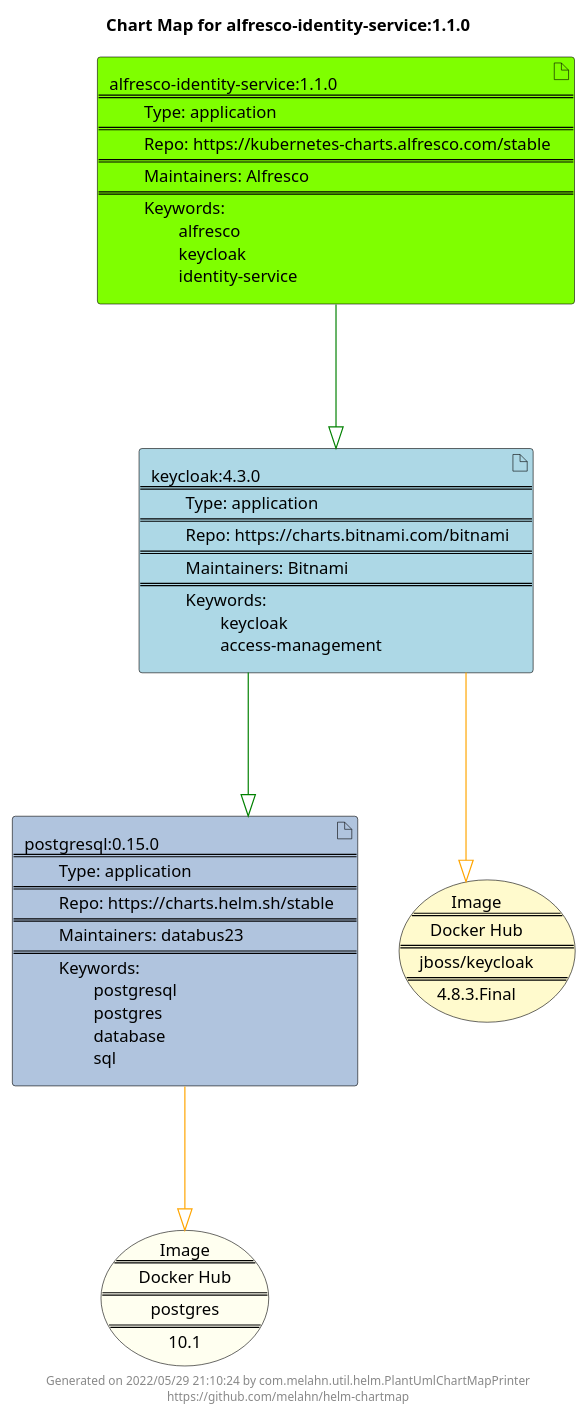
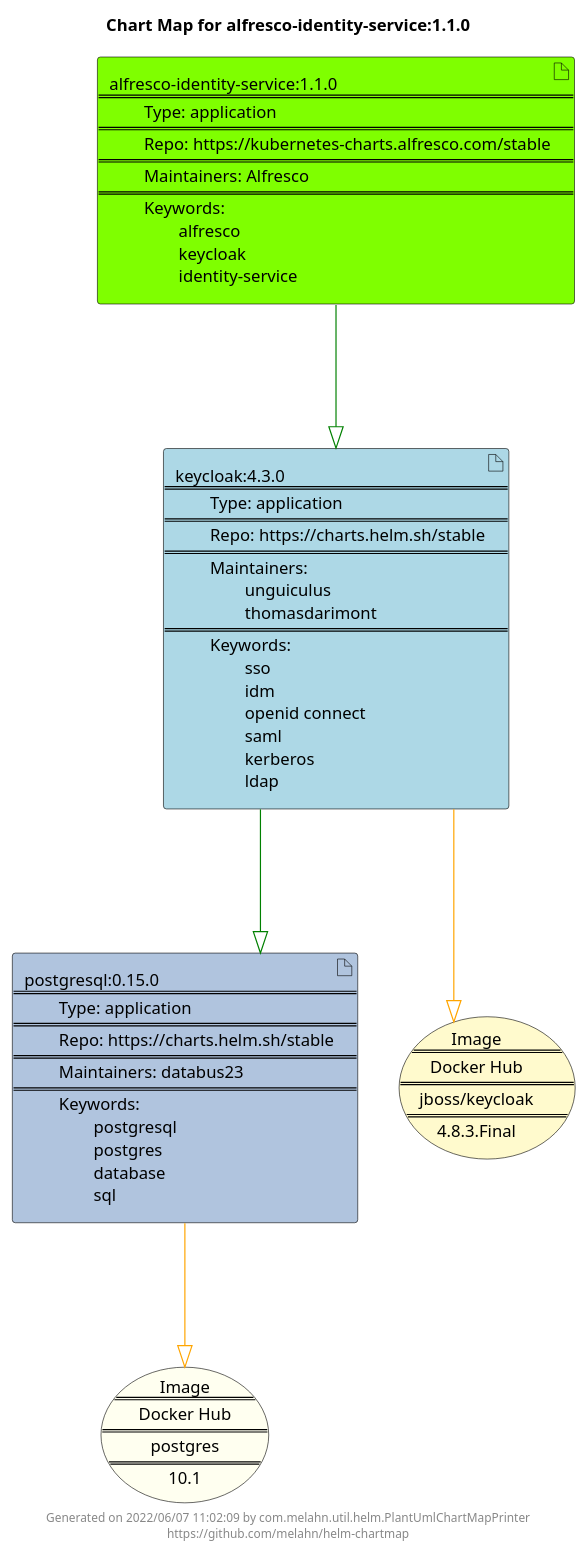
The diagram in docs/alfresco-identity-service/alfresco-identity-service-1.1.0.puml (melahn/helm-chartmap), drawn with PlantUML before and after one commit. The commit also changed 62 other files, not shown here.

Commit message:
Update Example Chart Maps as part of GitHub build

```diff
--- a/docs/alfresco-identity-service/alfresco-identity-service-1.1.0.puml
+++ b/docs/alfresco-identity-service/alfresco-identity-service-1.1.0.puml
@@ -1,27 +1,27 @@
 @startuml
 skinparam linetype ortho
 skinparam backgroundColor white
 skinparam usecaseBorderColor black
 skinparam usecaseArrowColor LightSlateGray
 skinparam artifactBorderColor black
 skinparam artifactArrowColor LightSlateGray
 
 title Chart Map for alfresco-identity-service:1.1.0
 
 'There are 3 referenced Helm Charts
 artifact "postgresql:0.15.0\n====\n\tType: application\n====\n\tRepo: https://charts.helm.sh/stable\n====\n\tMaintainers: databus23\n====\n\tKeywords: \n\t\tpostgresql\n\t\tpostgres\n\t\tdatabase\n\t\tsql" as postgresql_0_15_0 #LightSteelBlue
 artifact "alfresco-identity-service:1.1.0\n====\n\tType: application\n====\n\tRepo: https://kubernetes-charts.alfresco.com/stable\n====\n\tMaintainers: Alfresco\n====\n\tKeywords: \n\t\talfresco\n\t\tkeycloak\n\t\tidentity-service" as alfresco_identity_service_1_1_0 #Chartreuse
-artifact "keycloak:4.3.0\n====\n\tType: application\n====\n\tRepo: https://charts.bitnami.com/bitnami\n====\n\tMaintainers: Bitnami\n====\n\tKeywords: \n\t\tkeycloak\n\t\taccess-management" as keycloak_4_3_0 #LightBlue
+artifact "keycloak:4.3.0\n====\n\tType: application\n====\n\tRepo: https://charts.helm.sh/stable\n====\n\tMaintainers: \n\t\tunguiculus\n\t\tthomasdarimont\n====\n\tKeywords: \n\t\tsso\n\t\tidm\n\t\topenid connect\n\t\tsaml\n\t\tkerberos\n\t\tldap" as keycloak_4_3_0 #LightBlue
 
 'There are 2 referenced Docker Images
 usecase "Image\n====\nDocker Hub\n====\npostgres\n====\n10.1" as postgres_10_1 #Ivory
 usecase "Image\n====\nDocker Hub\n====\njboss/keycloak\n====\n4.8.3.Final" as jboss_keycloak_4_8_3_Final #LemonChiffon
 
 'Chart Dependencies
 alfresco_identity_service_1_1_0--[#green]-|>keycloak_4_3_0
 keycloak_4_3_0--[#green]-|>postgresql_0_15_0
 postgresql_0_15_0--[#orange]-|>postgres_10_1
 keycloak_4_3_0--[#orange]-|>jboss_keycloak_4_8_3_Final
 
-center footer Generated on 2022/05/29 21:10:24 by com.melahn.util.helm.PlantUmlChartMapPrinter\nhttps://github.com/melahn/helm-chartmap
+center footer Generated on 2022/06/07 11:02:09 by com.melahn.util.helm.PlantUmlChartMapPrinter\nhttps://github.com/melahn/helm-chartmap
 @enduml
```
